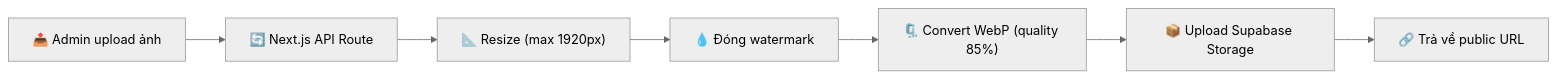
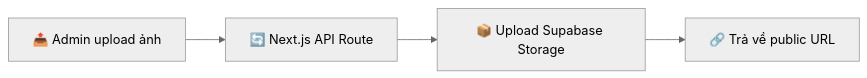
Before and after one commit to quangta197/omg3q: the fourth of 5 diagrams in master-plan.md, drawn with Mermaid (neutral theme). The commit also changed other lines of this file and 37 other files, not shown here.

````diff
--- a/master-plan.md
+++ b/master-plan.md
@@ -1038,9 +1014,6 @@
 ```mermaid
 graph LR
     A["📤 Admin upload ảnh"] --> B["🔄 Next.js API Route"]
-    B --> C["📐 Resize (max 1920px)"]
-    C --> D["💧 Đóng watermark"]
-    D --> E["🗜️ Convert WebP (quality 85%)"]
-    E --> F["📦 Upload Supabase Storage"]
-    F --> G["🔗 Trả về public URL"]
+    B --> C["📦 Upload Supabase Storage"]
+    C --> D["🔗 Trả về public URL"]
 ```
````
